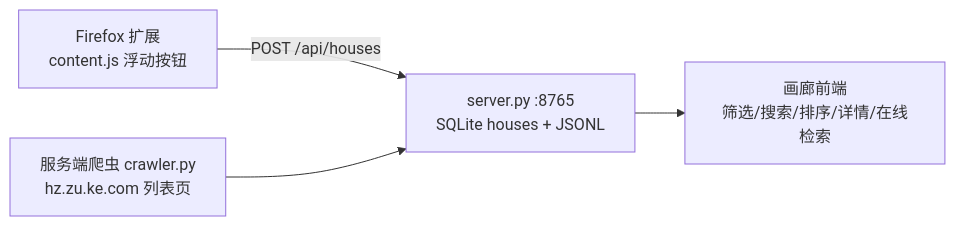
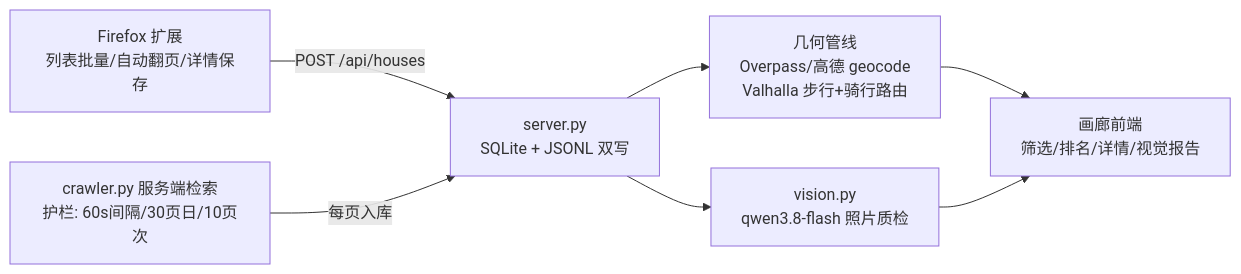
One commit to r-ayin/hz-rental-tool changed the diagram in README.md. Above: the diagram before and after it, drawn with Mermaid. The commit also changed other lines of this file and 1 other file, not shown here.

````diff
--- a/README.md
+++ b/README.md
@@ -17,6 +34,9 @@
 ```mermaid
 graph LR
-  A["Firefox 扩展<br/>content.js 浮动按钮"] -->|POST /api/houses| C
-  B["服务端爬虫 crawler.py<br/>hz.zu.ke.com 列表页"] --> C["server.py :8765<br/>SQLite houses + JSONL"]
-  C --> D["画廊前端<br/>筛选/搜索/排序/详情/在线检索"]
+  A["Firefox 扩展<br/>列表批量/自动翻页/详情保存"] -->|POST /api/houses| C
+  B["crawler.py 服务端检索<br/>护栏: 60s间隔/30页日/10页次"] -->|每页入库| C["server.py<br/>SQLite + JSONL 双写"]
+  C --> D["几何管线<br/>Overpass/高德 geocode<br/>Valhalla 步行+骑行路由"]
+  C --> E["vision.py<br/>qwen3.8-flash 照片质检"]
+  D --> F["画廊前端<br/>筛选/排名/详情/视觉报告"]
+  E --> F
 ```
````
